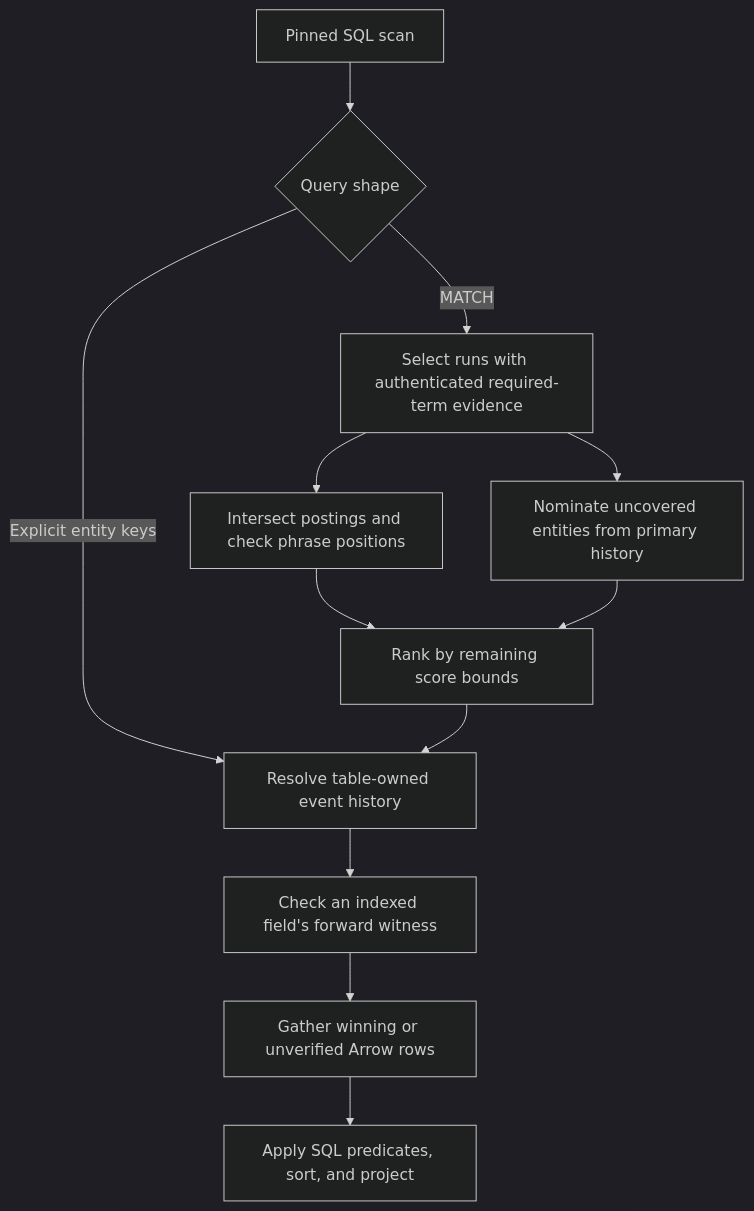
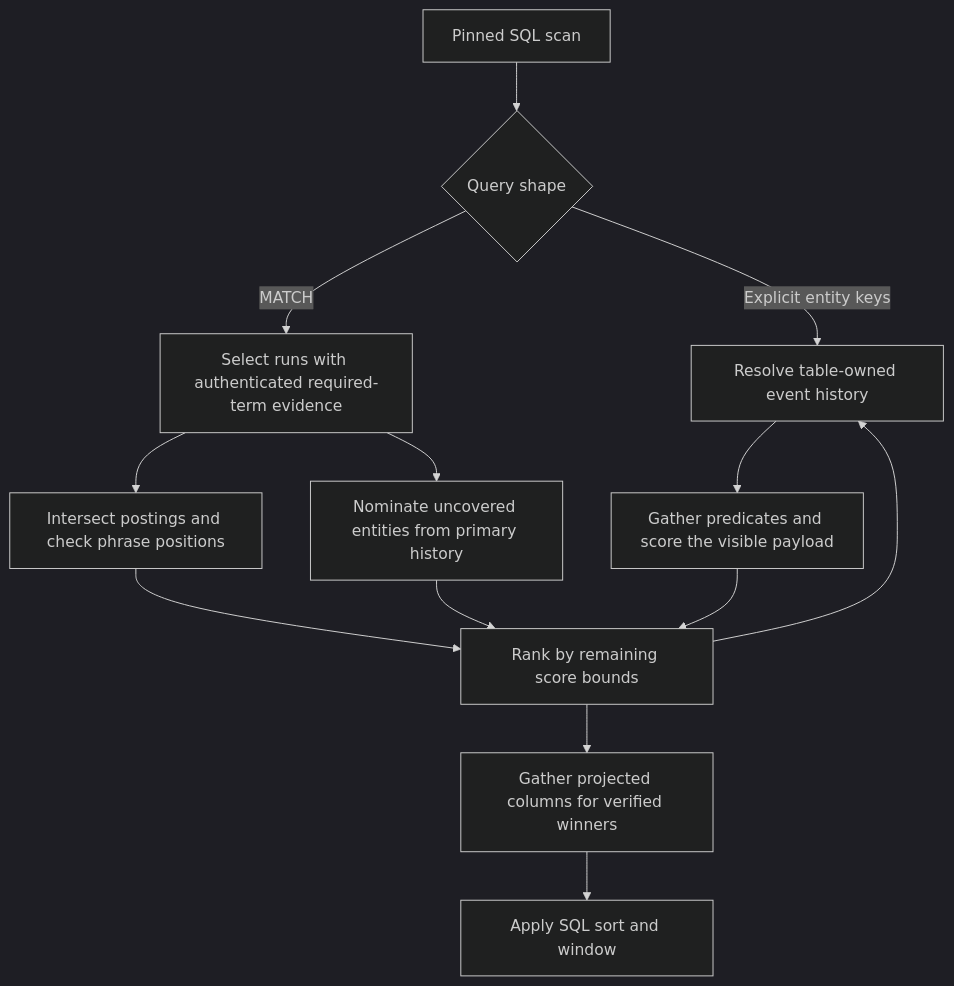
One commit to bijectionhq/rtdb changed the second of 2 diagrams in dev/doc/rtdb-fts-logical-postings.md. Above: the diagram before and after it, drawn with Mermaid (dark theme). The commit also changed other lines of this file and 11 other files, not shown here.

````diff
--- a/dev/doc/rtdb-fts-logical-postings.md
+++ b/dev/doc/rtdb-fts-logical-postings.md
@@ -118,14 +121,15 @@
 ```mermaid
 flowchart TD
     SQL["Pinned SQL scan"] --> Shape{"Query shape"}
     Shape -->|Explicit entity keys| Resolve["Resolve table-owned event history"]
     Shape -->|MATCH| Route["Select runs with authenticated required-term evidence"]
     Route --> Postings["Intersect postings and check phrase positions"]
     Route --> Gap["Nominate uncovered entities from primary history"]
     Postings --> Frontier["Rank by remaining score bounds"]
     Gap --> Frontier
     Frontier --> Resolve
-    Resolve --> Witness["Check an indexed field's forward witness"]
-    Witness --> Arrow["Gather winning or unverified Arrow rows"]
-    Arrow --> SQLResult["Apply SQL predicates, sort, and project"]
+    Resolve --> Verify["Gather predicates and score the visible payload"]
+    Verify --> Frontier
+    Frontier --> Arrow["Gather projected columns for verified winners"]
+    Arrow --> SQLResult["Apply SQL sort and window"]
 ```
````
